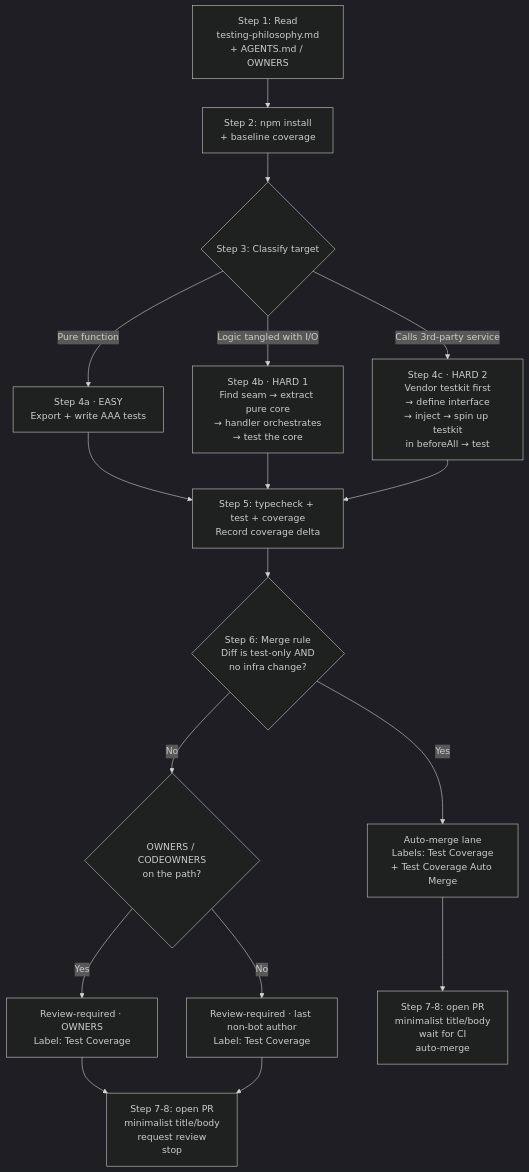
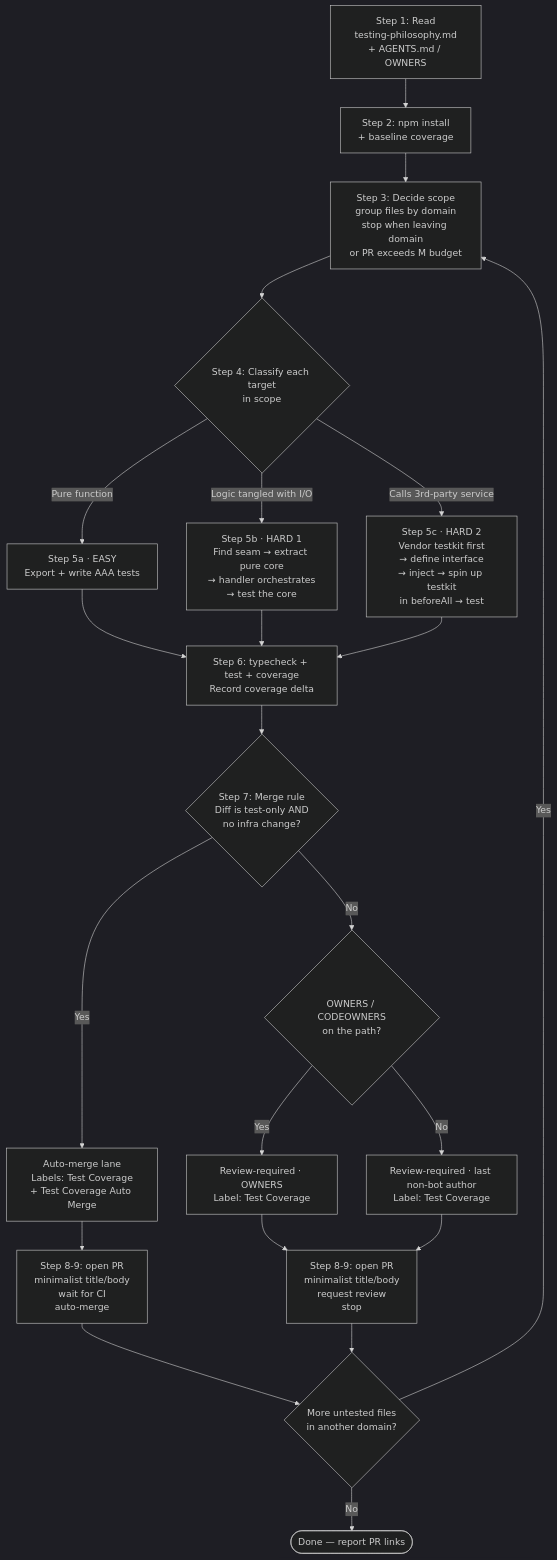
Before and after one commit to bnbarak/cognition: the diagram in .agents/playbooks/test-coverage.md, drawn with Mermaid (dark theme). The commit also changed other lines of this file, not shown here.

Commit message:
docs(playbook): agent decides scope from a path; group by domain, cap at S-M, loop until done

````diff
--- a/.agents/playbooks/test-coverage.md
+++ b/.agents/playbooks/test-coverage.md
@@ -27,25 +27,31 @@
 ```mermaid
 flowchart TD
     A[Step 1: Read<br/>testing-philosophy.md<br/>+ AGENTS.md / OWNERS] --> B[Step 2: npm install<br/>+ baseline coverage]
-    B --> C{Step 3: Classify target}
+    B --> S[Step 3: Decide scope<br/>group files by domain<br/>stop when leaving domain<br/>or PR exceeds M budget]
+    S --> C{Step 4: Classify each target<br/>in scope}
 
-    C -->|Pure function| E[Step 4a · EASY<br/>Export + write AAA tests]
-    C -->|Logic tangled with I/O| H1[Step 4b · HARD 1<br/>Find seam → extract pure core<br/>→ handler orchestrates<br/>→ test the core]
-    C -->|Calls 3rd-party service| H2[Step 4c · HARD 2<br/>Vendor testkit first<br/>→ define interface<br/>→ inject → spin up testkit<br/>in beforeAll → test]
+    C -->|Pure function| E[Step 5a · EASY<br/>Export + write AAA tests]
+    C -->|Logic tangled with I/O| H1[Step 5b · HARD 1<br/>Find seam → extract pure core<br/>→ handler orchestrates<br/>→ test the core]
+    C -->|Calls 3rd-party service| H2[Step 5c · HARD 2<br/>Vendor testkit first<br/>→ define interface<br/>→ inject → spin up testkit<br/>in beforeAll → test]
 
-    E --> R[Step 5: typecheck + test + coverage<br/>Record coverage delta]
+    E --> R[Step 6: typecheck + test + coverage<br/>Record coverage delta]
     H1 --> R
     H2 --> R
 
-    R --> M{Step 6: Merge rule<br/>Diff is test-only AND<br/>no infra change?}
+    R --> M{Step 7: Merge rule<br/>Diff is test-only AND<br/>no infra change?}
 
     M -->|Yes| AM[Auto-merge lane<br/>Labels: Test Coverage<br/>+ Test Coverage Auto Merge]
     M -->|No| RR{OWNERS / CODEOWNERS<br/>on the path?}
 
     RR -->|Yes| RR1[Review-required · OWNERS<br/>Label: Test Coverage]
     RR -->|No| RR2[Review-required · last non-bot author<br/>Label: Test Coverage]
 
-    AM --> PR[Step 7-8: open PR<br/>minimalist title/body<br/>wait for CI<br/>auto-merge]
-    RR1 --> PRR[Step 7-8: open PR<br/>minimalist title/body<br/>request review<br/>stop]
+    AM --> PR[Step 8-9: open PR<br/>minimalist title/body<br/>wait for CI<br/>auto-merge]
+    RR1 --> PRR[Step 8-9: open PR<br/>minimalist title/body<br/>request review<br/>stop]
     RR2 --> PRR
+
+    PR --> Next{More untested files<br/>in another domain?}
+    PRR --> Next
+    Next -->|Yes| S
+    Next -->|No| Done([Done — report PR links])
 ```
````
